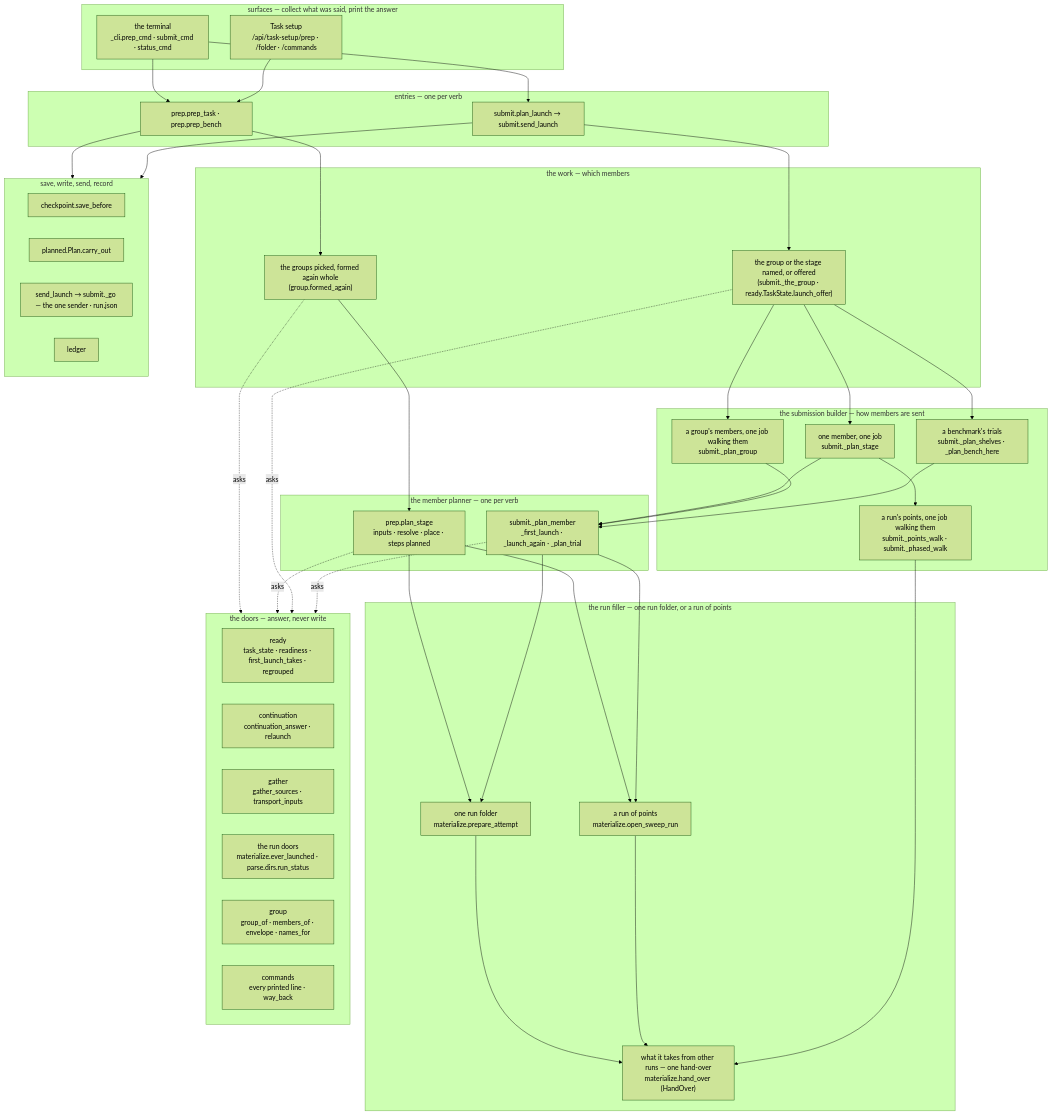
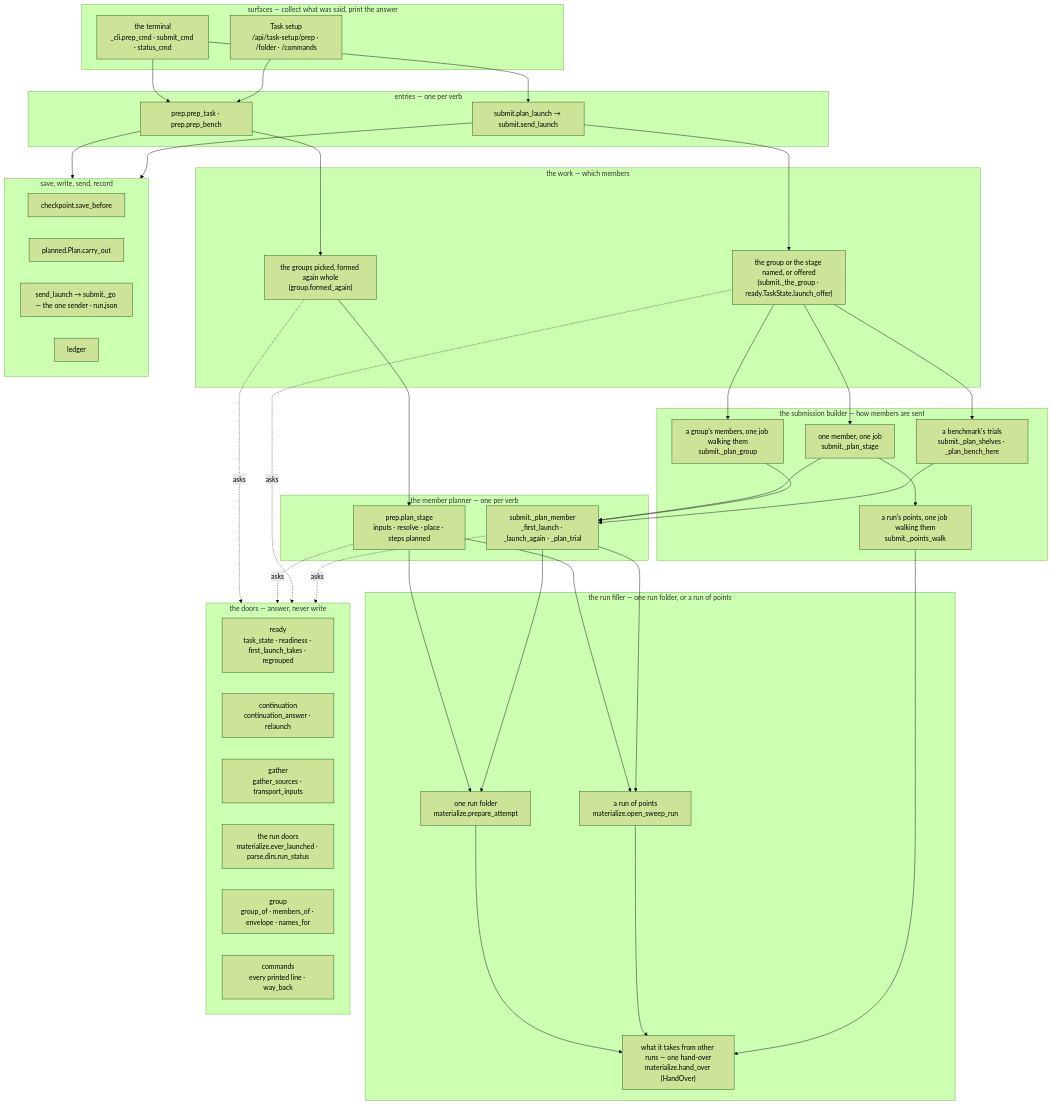
Before and after one commit to Qing-LAB/molbuilder: diagram 17 of 19 in docs/execution/job-system.md, drawn with Mermaid (forest theme). The commit also changed other lines of this file and 55 other files, not shown here.

First line of the commit message:
2.55.0: one run of points

````diff
--- a/docs/execution/job-system.md
+++ b/docs/execution/job-system.md
@@ -3284,58 +3298,58 @@
 ```mermaid
 flowchart TB
     subgraph S["surfaces — collect what was said, print the answer"]
         CLI["the terminal<br/>_cli.prep_cmd · submit_cmd · status_cmd"]
         WEB["Task setup<br/>/api/task-setup/prep · /folder · /commands"]
     end
     subgraph E["entries — one per verb"]
         PE["prep.prep_task · prep.prep_bench"]
         LE["submit.plan_launch → submit.send_launch"]
     end
     subgraph W["the work — which members"]
         PW["the groups picked, formed again whole<br/>(group.formed_again)"]
         LW["the group or the stage named, or offered<br/>(submit._the_group · ready.TaskState.launch_offer)"]
     end
     subgraph M["the member planner — one per verb"]
         PM["prep.plan_stage<br/>inputs · resolve · place · steps planned"]
         LM["submit._plan_member<br/>_first_launch · _launch_again · _plan_trial"]
     end
     subgraph F["the run filler — one run folder, or a run of points"]
         F1["one run folder<br/>materialize.prepare_attempt"]
         F2["a run of points<br/>materialize.open_sweep_run"]
         F3["what it takes from other runs — one hand-over<br/>materialize.hand_over (HandOver)"]
     end
     subgraph B["the submission builder — how members are sent"]
         B1["one member, one job<br/>submit._plan_stage"]
         B2["a group's members, one job walking them<br/>submit._plan_group"]
-        B3["a run's points, one job walking them<br/>submit._points_walk · submit._phased_walk"]
+        B3["a run's points, one job walking them<br/>submit._points_walk"]
         B4["a benchmark's trials<br/>submit._plan_shelves · _plan_bench_here"]
     end
     subgraph X["save, write, send, record"]
         SV["checkpoint.save_before"]
         PL["planned.Plan.carry_out"]
         GO["send_launch → submit._go — the one sender · run.json"]
         LG["ledger"]
     end
     subgraph D["the doors — answer, never write"]
         RD["ready<br/>task_state · readiness · first_launch_takes · regrouped"]
         CD["continuation<br/>continuation_answer · relaunch"]
         GD["gather<br/>gather_sources · transport_inputs"]
         RU["the run doors<br/>materialize.ever_launched · parse.dirs.run_status"]
         GR["group<br/>group_of · members_of · envelope · names_for"]
         CM["commands<br/>every printed line · way_back"]
     end
     CLI --> PE & LE
     WEB --> PE
     PE --> PW --> PM --> F1 & F2
     LE --> LW --> B1 & B2 & B4
     B1 & B2 & B4 --> LM --> F1 & F2
     F1 & F2 --> F3
     B1 --> B3
     B3 --> F3
     PE --> X
     LE --> X
     PW -.asks.-> D
     PM -.asks.-> D
     LW -.asks.-> D
     LM -.asks.-> D
 ```
````
